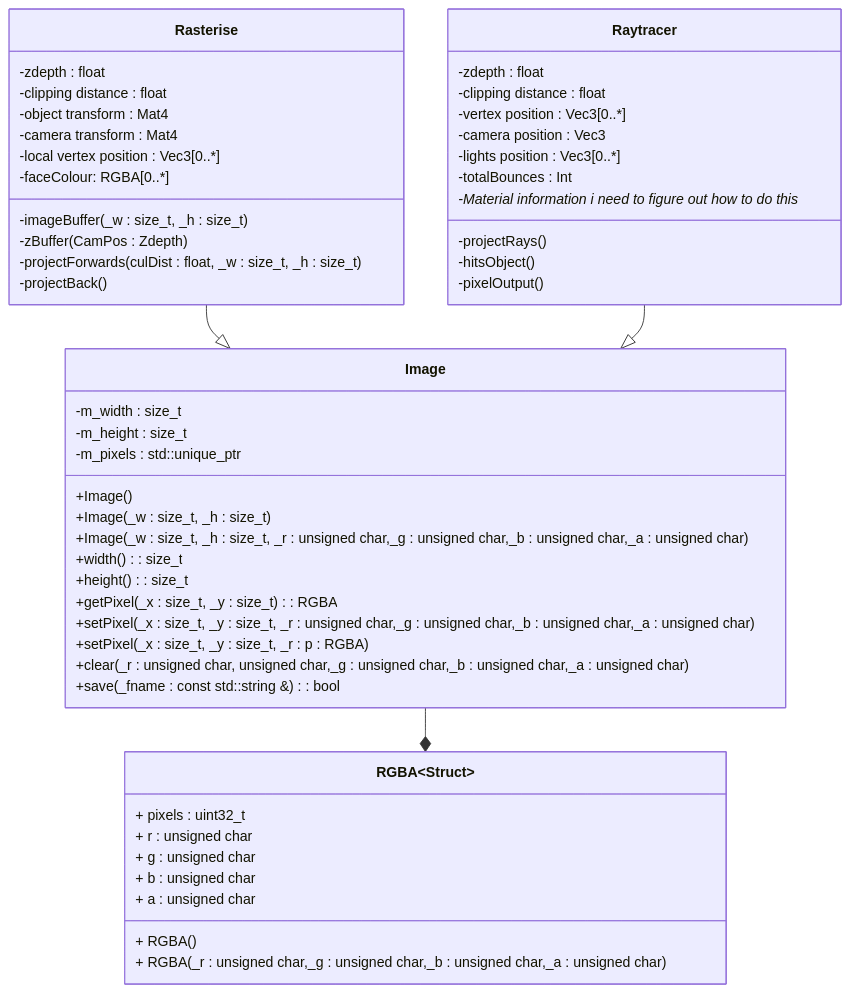
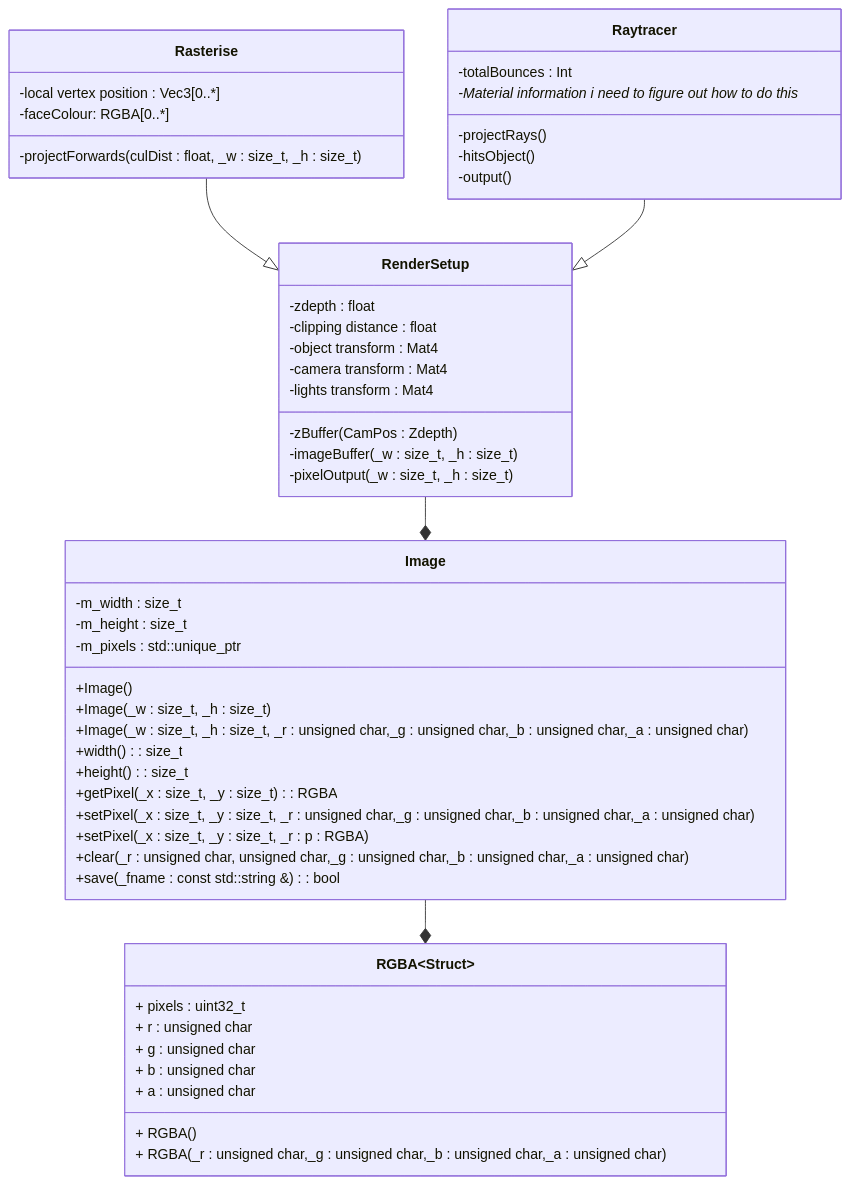
The first of 3 diagrams in README.md (HarryTombs/Deffered-Shading-), drawn with Mermaid before and after one commit. The commit also changed other lines of this file, not shown here.

````diff
--- a/README.md
+++ b/README.md
@@ -44,65 +54,65 @@
 ```mermaid
 classDiagram
 class RGBA~Struct~{
 + pixels : uint32_t
 + r : unsigned char
 + g : unsigned char
 + b : unsigned char
 + a : unsigned char
 + RGBA()
 + RGBA(_r : unsigned char,_g : unsigned char,_b : unsigned char,_a : unsigned char)
 }
 
 class Image{
 -m_width : size_t
 -m_height : size_t
 -m_pixels : std::unique_ptr<RGBA []>
 +Image()
 +Image(_w : size_t, _h : size_t)
 +Image(_w : size_t, _h : size_t, _r : unsigned char,_g : unsigned char,_b : unsigned char,_a : unsigned char)
 +width() : size_t
 +height() : size_t
 +getPixel(_x : size_t, _y : size_t) : RGBA
 +setPixel(_x : size_t, _y : size_t, _r : unsigned char,_g : unsigned char,_b : unsigned char,_a : unsigned char)
 +setPixel(_x : size_t, _y : size_t, _r : p : RGBA)
 +clear(_r : unsigned char, unsigned char,_g : unsigned char,_b : unsigned char,_a : unsigned char)
 +save(_fname : const std::string &) : bool
 }
 
-class Rasterise{
+class RenderSetup{
 -zdepth : float
 -clipping distance : float
 -object transform : Mat4
 -camera transform : Mat4
+-lights transform : Mat4
+-zBuffer(CamPos : Zdepth)
+-imageBuffer(_w : size_t, _h : size_t)
+-pixelOutput(_w : size_t, _h : size_t)
+
+}
+
+class Rasterise{
 -local vertex position : Vec3[0..*]
 -faceColour: RGBA[0..*]
--imageBuffer(_w : size_t, _h : size_t)
--zBuffer(CamPos : Zdepth)
 -projectForwards(culDist : float, _w : size_t, _h : size_t)
--projectBack()
-
 
 }
 
 class Raytracer{
--zdepth : float
--clipping distance : float
--vertex position : Vec3[0..*]
--camera position : Vec3
--lights position : Vec3[0..*]
 -totalBounces : Int
 -Material information i need to figure out how to do this*
 -projectRays()
 -hitsObject()
--pixelOutput()
+-output()
 
 
 }
 
 
 
 Image --* RGBA
-Rasterise --|> Image
-Raytracer --|> Image
+RenderSetup --* Image
+Rasterise --|> RenderSetup
+Raytracer --|> RenderSetup
 
 ```
````
